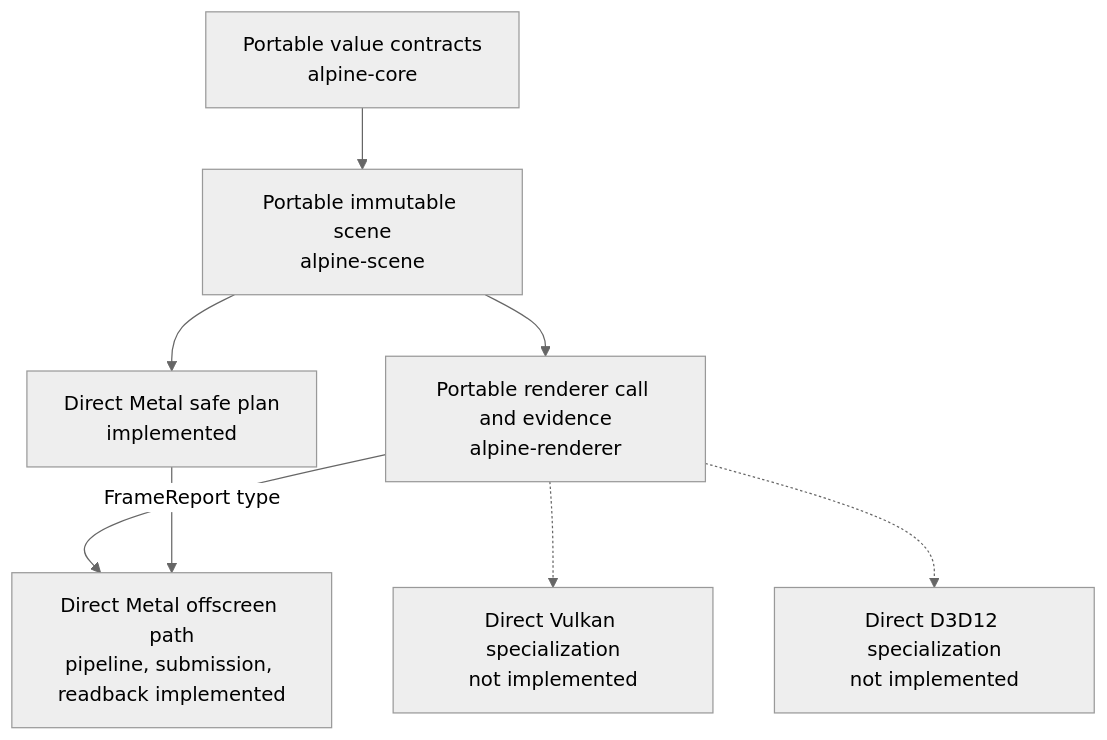
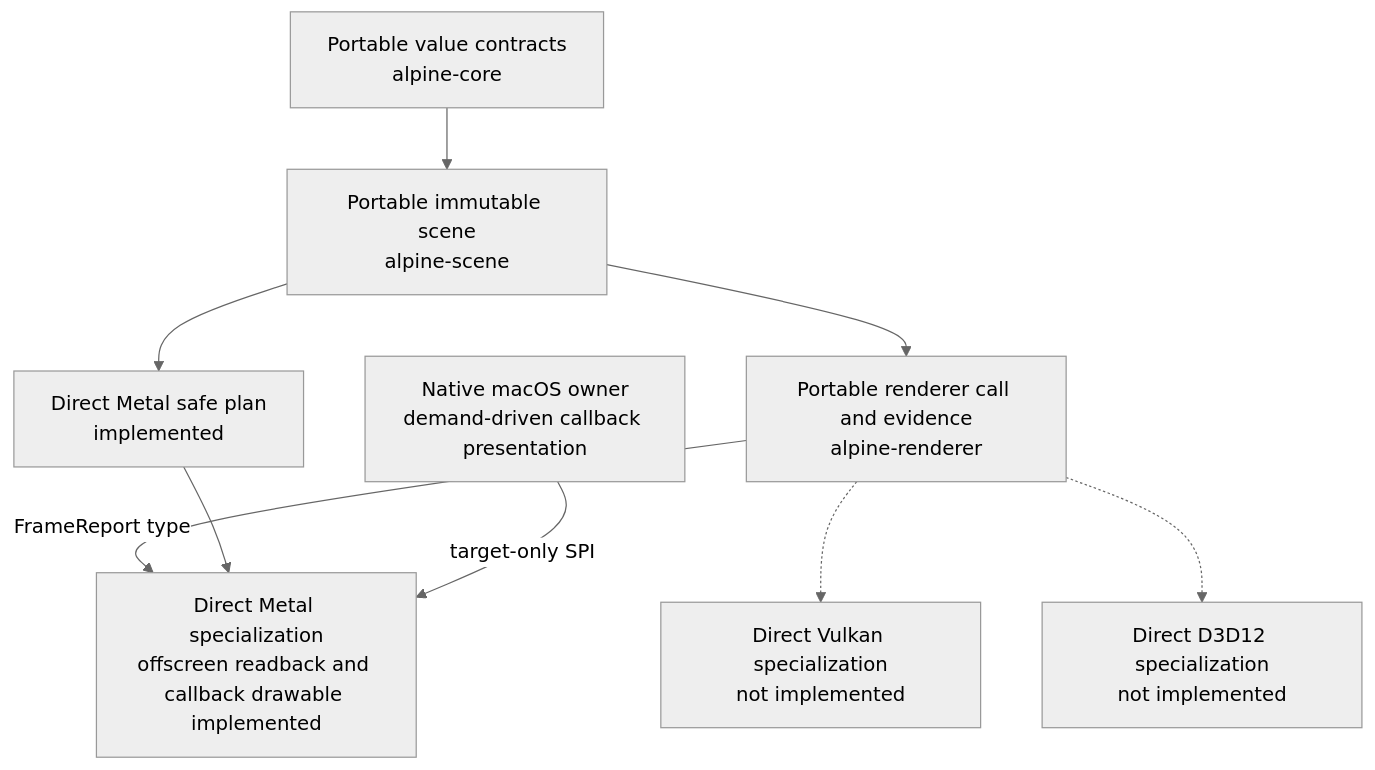
The fifth of 7 diagrams in ARCHITECTURE.md (dbuddha/alpine-gpui), drawn with Mermaid (neutral theme) before and after one commit. The commit also changed other lines of this file and 21 other files, not shown here.

First line of the commit message:
feat(macos): present callback Metal drawable (#78)

````diff
--- a/ARCHITECTURE.md
+++ b/ARCHITECTURE.md
@@ -286,17 +306,19 @@
 ```mermaid
 flowchart TB
     core["Portable value contracts<br/>alpine-core"]
     scene["Portable immutable scene<br/>alpine-scene"]
     contract["Portable renderer call and evidence<br/>alpine-renderer"]
     metal_plan["Direct Metal safe plan<br/>implemented"]
-    metal_native["Direct Metal offscreen path<br/>pipeline, submission, readback implemented"]
+    metal_native["Direct Metal specialization<br/>offscreen readback and callback drawable implemented"]
+    macos["Native macOS owner<br/>demand-driven callback presentation"]
     vulkan["Direct Vulkan specialization<br/>not implemented"]
     d3d12["Direct D3D12 specialization<br/>not implemented"]
 
     core --> scene --> contract
     scene --> metal_plan
     contract -->|"FrameReport type"| metal_native
     metal_plan --> metal_native
+    macos -->|"target-only SPI"| metal_native
     contract -.-> vulkan
     contract -.-> d3d12
 ```
````
